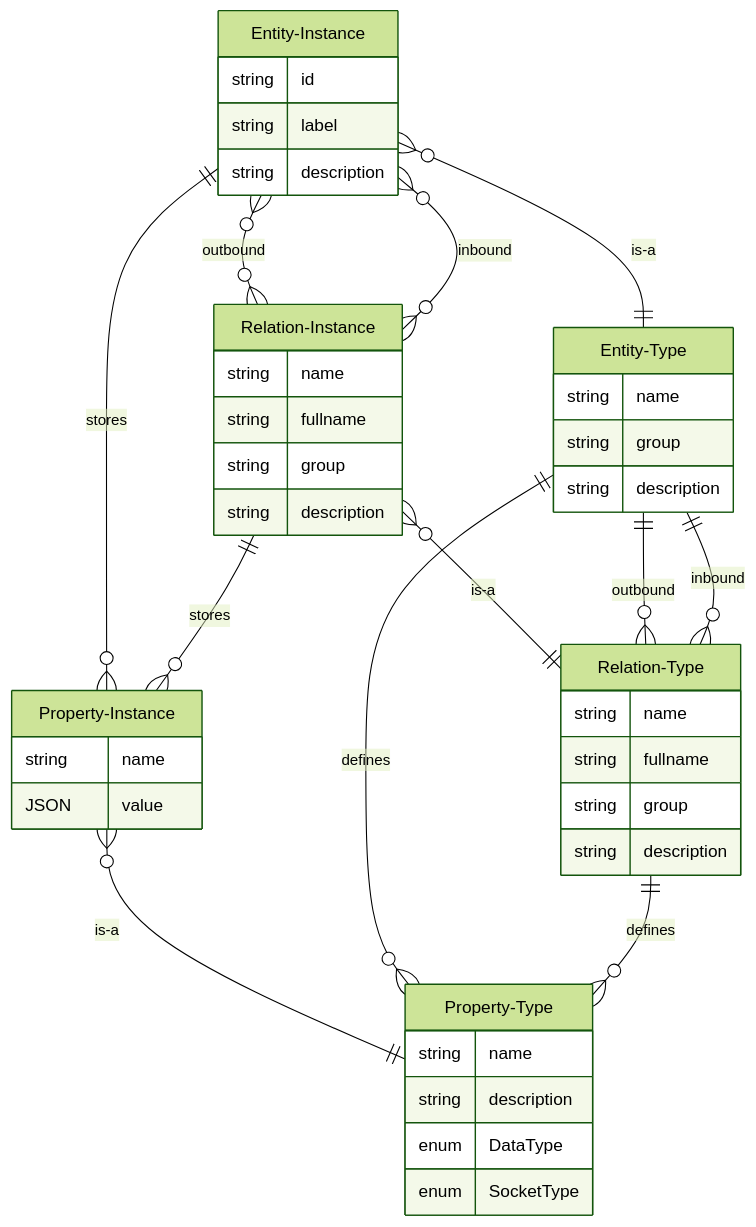
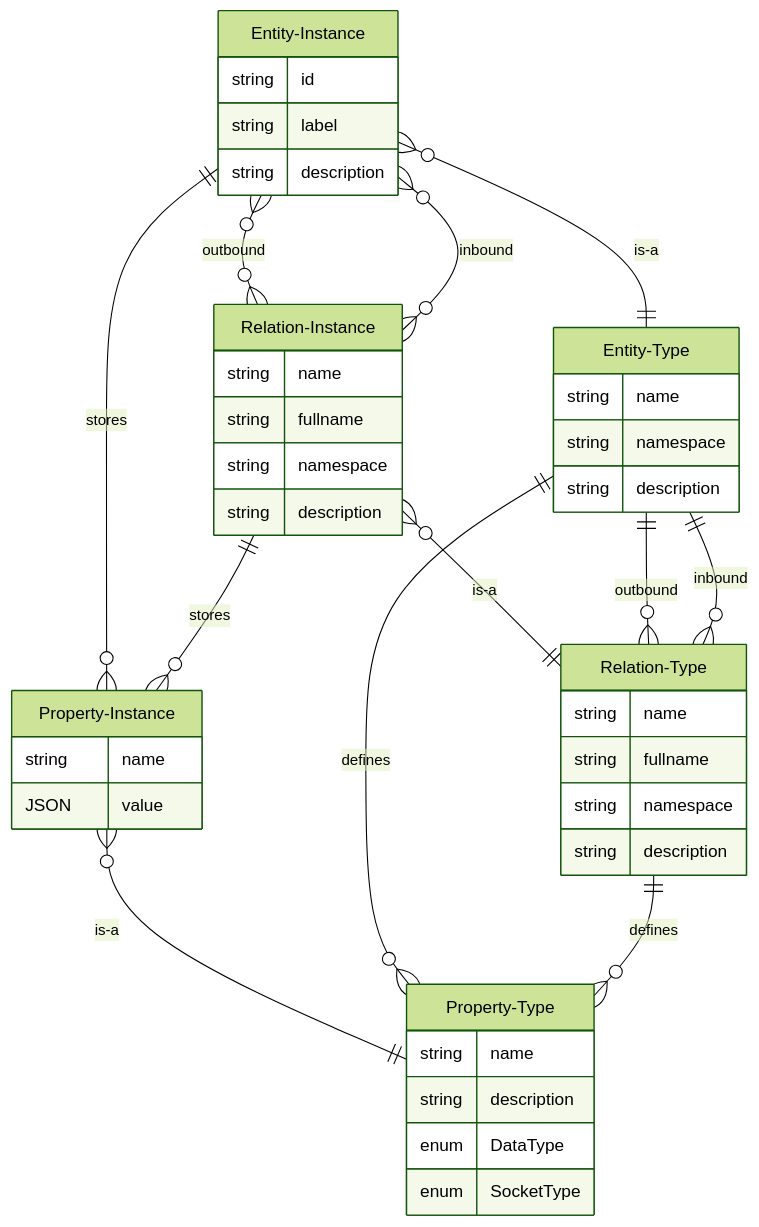
The second of 2 diagrams in docs/inexor-rgf/src/Model_Entity_Instance.md (reactive-graph/reactive-graph), drawn with Mermaid (forest theme) before and after one commit. The commit also changed 108 other files, not shown here.

Commit message:
Documentation for the dynamic graph

````diff
--- a/docs/inexor-rgf/src/Model_Entity_Instance.md
+++ b/docs/inexor-rgf/src/Model_Entity_Instance.md
@@ -85,46 +85,46 @@
 ```mermaid
 erDiagram
     Entity-Type {
         string name
-        string group
+        string namespace
         string description
     }
     Entity-Instance {
         string id
         string label
         string description
     }
     Relation-Type {
         string name
         string fullname
-        string group
+        string namespace
         string description
     }
     Relation-Instance {
         string name
         string fullname
-        string group
+        string namespace
         string description
     }
     Property-Type {
         string name
         string description
         enum DataType
         enum SocketType
     }
     Property-Instance {
         string name
         JSON value
     }
     Entity-Instance ||--}o Property-Instance : stores
     Entity-Instance o{--}o Relation-Instance : outbound
     Entity-Instance o{--}o Relation-Instance : inbound
     Relation-Instance ||--}o Property-Instance : stores
     Relation-Instance o{--|| Relation-Type : is-a
     Property-Instance o{--|| Property-Type : is-a
     Entity-Instance o{--|| Entity-Type : is-a
     Entity-Type ||--}o Property-Type : defines
     Relation-Type ||--}o Property-Type : defines
     Entity-Type ||--}o Relation-Type : outbound
     Entity-Type ||--}o Relation-Type : inbound
 ```
````
